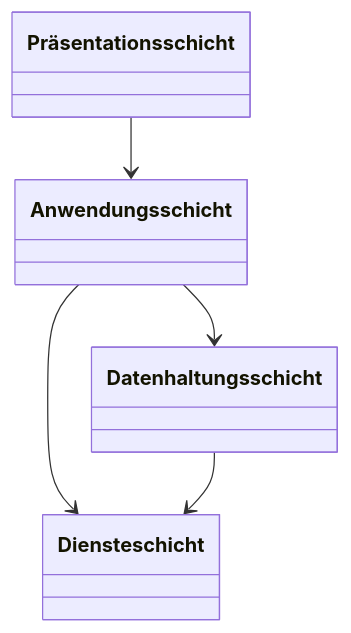
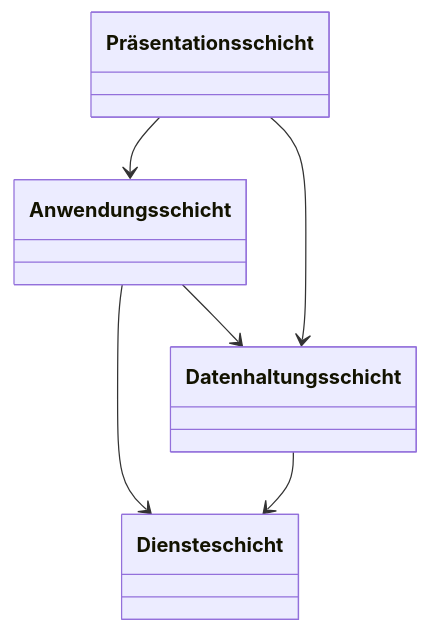
Before and after one commit to Connorh1603/Tankstellen-Projektarbeit: the fifth of 5 diagrams in documentation/1,9Infrasturktursicht.md, drawn with Mermaid.

````diff
--- a/documentation/1,9Infrasturktursicht.md
+++ b/documentation/1,9Infrasturktursicht.md
@@ -245,12 +245,13 @@
 ```mermaid
 classDiagram
     class Anwendungsschicht
     class Datenhaltungsschicht
     class Diensteschicht
     class Präsentationsschicht
 
     Anwendungsschicht --> Diensteschicht 
     Datenhaltungsschicht --> Diensteschicht 
     Präsentationsschicht --> Anwendungsschicht
     Anwendungsschicht --> Datenhaltungsschicht
+    Präsentationsschicht --> Datenhaltungsschicht
 ```
````
